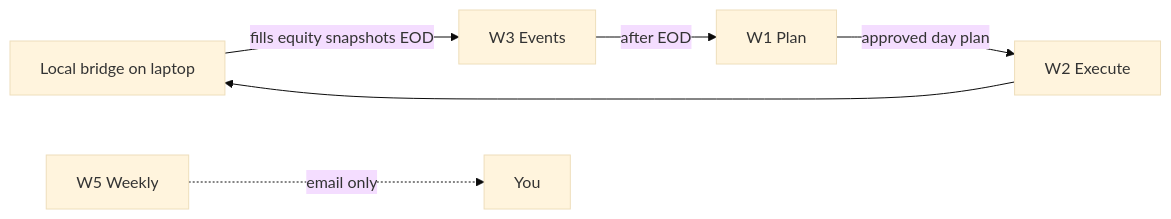
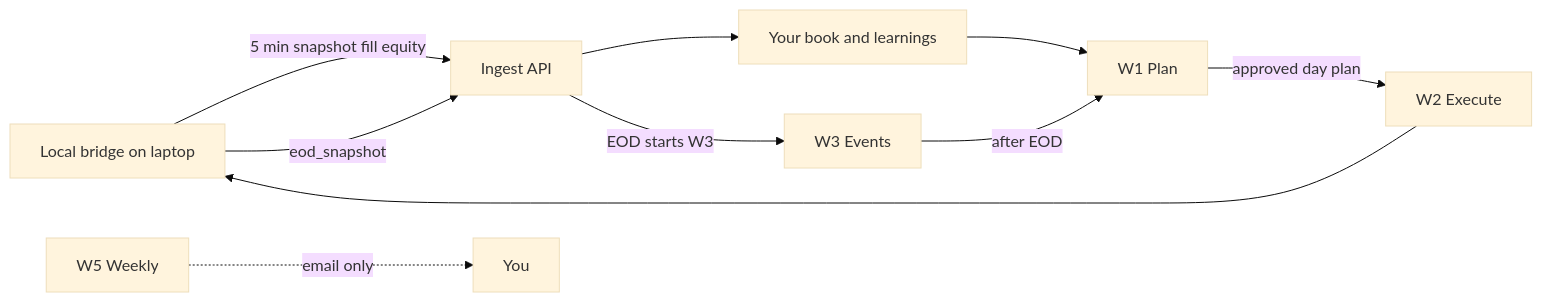
The third of 3 diagrams in knowledgebase/platform-help/20-ibkr-monthly-trading.md (balaji-ranga/agent-os), drawn with Mermaid (base theme) before and after one commit. The commit also changed other lines of this file and 20 other files, not shown here.

````diff
--- a/knowledgebase/platform-help/20-ibkr-monthly-trading.md
+++ b/knowledgebase/platform-help/20-ibkr-monthly-trading.md
@@ -147,8 +151,12 @@
 ```mermaid
 flowchart LR
-  Bridge[Local bridge on laptop] -->|fills equity snapshots EOD| W3[W3 Events]
+  Bridge[Local bridge on laptop] -->|5 min snapshot fill equity| Ingest[Ingest API]
+  Ingest --> Cache[Your book and learnings]
+  Bridge -->|eod_snapshot| Ingest
+  Ingest -->|EOD starts W3| W3[W3 Events]
   W3 -->|after EOD| W1[W1 Plan]
+  Cache --> W1
   W1 -->|approved day plan| W2[W2 Execute]
   W2 --> Bridge
   W5[W5 Weekly] -.->|email only| You[You]
 ```
````
